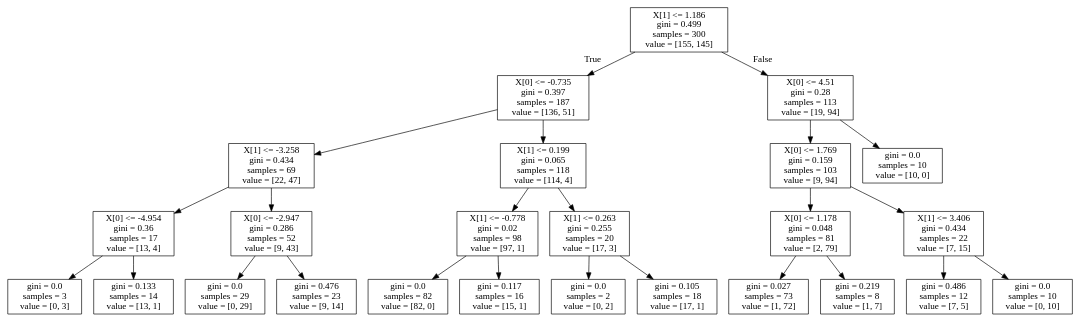
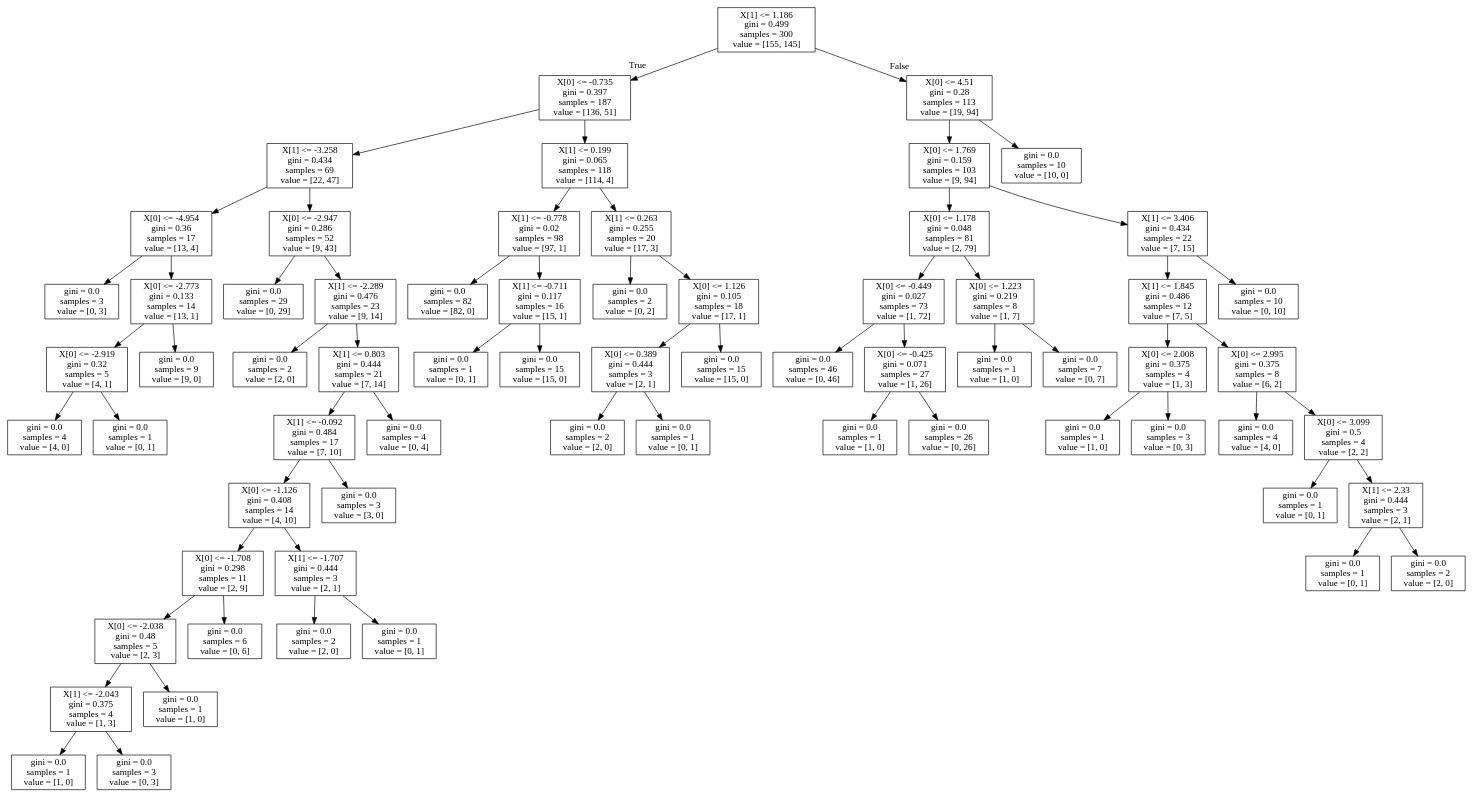
The diagram in Chapter4/temp.dot (crotsu/ML_basic_ensemble), drawn with Graphviz before and after one commit. The commit also changed 4 other files, not shown here.

```diff
--- a/Chapter4/temp.dot
+++ b/Chapter4/temp.dot
@@ -1,52 +1,136 @@
 digraph Tree {
 node [shape=box] ;
 0 [label="X[1] <= 1.186\ngini = 0.499\nsamples = 300\nvalue = [155, 145]"] ;
 1 [label="X[0] <= -0.735\ngini = 0.397\nsamples = 187\nvalue = [136, 51]"] ;
 0 -> 1 [labeldistance=2.5, labelangle=45, headlabel="True"] ;
 2 [label="X[1] <= -3.258\ngini = 0.434\nsamples = 69\nvalue = [22, 47]"] ;
 1 -> 2 ;
 3 [label="X[0] <= -4.954\ngini = 0.36\nsamples = 17\nvalue = [13, 4]"] ;
 2 -> 3 ;
 4 [label="gini = 0.0\nsamples = 3\nvalue = [0, 3]"] ;
 3 -> 4 ;
-5 [label="gini = 0.133\nsamples = 14\nvalue = [13, 1]"] ;
+5 [label="X[0] <= -2.773\ngini = 0.133\nsamples = 14\nvalue = [13, 1]"] ;
 3 -> 5 ;
-6 [label="X[0] <= -2.947\ngini = 0.286\nsamples = 52\nvalue = [9, 43]"] ;
-2 -> 6 ;
-7 [label="gini = 0.0\nsamples = 29\nvalue = [0, 29]"] ;
+6 [label="X[0] <= -2.919\ngini = 0.32\nsamples = 5\nvalue = [4, 1]"] ;
+5 -> 6 ;
+7 [label="gini = 0.0\nsamples = 4\nvalue = [4, 0]"] ;
 6 -> 7 ;
-8 [label="gini = 0.476\nsamples = 23\nvalue = [9, 14]"] ;
+8 [label="gini = 0.0\nsamples = 1\nvalue = [0, 1]"] ;
 6 -> 8 ;
-9 [label="X[1] <= 0.199\ngini = 0.065\nsamples = 118\nvalue = [114, 4]"] ;
-1 -> 9 ;
-10 [label="X[1] <= -0.778\ngini = 0.02\nsamples = 98\nvalue = [97, 1]"] ;
-9 -> 10 ;
-11 [label="gini = 0.0\nsamples = 82\nvalue = [82, 0]"] ;
+9 [label="gini = 0.0\nsamples = 9\nvalue = [9, 0]"] ;
+5 -> 9 ;
+10 [label="X[0] <= -2.947\ngini = 0.286\nsamples = 52\nvalue = [9, 43]"] ;
+2 -> 10 ;
+11 [label="gini = 0.0\nsamples = 29\nvalue = [0, 29]"] ;
 10 -> 11 ;
-12 [label="gini = 0.117\nsamples = 16\nvalue = [15, 1]"] ;
+12 [label="X[1] <= -2.289\ngini = 0.476\nsamples = 23\nvalue = [9, 14]"] ;
 10 -> 12 ;
-13 [label="X[1] <= 0.263\ngini = 0.255\nsamples = 20\nvalue = [17, 3]"] ;
-9 -> 13 ;
-14 [label="gini = 0.0\nsamples = 2\nvalue = [0, 2]"] ;
-13 -> 14 ;
-15 [label="gini = 0.105\nsamples = 18\nvalue = [17, 1]"] ;
-13 -> 15 ;
-16 [label="X[0] <= 4.51\ngini = 0.28\nsamples = 113\nvalue = [19, 94]"] ;
-0 -> 16 [labeldistance=2.5, labelangle=-45, headlabel="False"] ;
-17 [label="X[0] <= 1.769\ngini = 0.159\nsamples = 103\nvalue = [9, 94]"] ;
+13 [label="gini = 0.0\nsamples = 2\nvalue = [2, 0]"] ;
+12 -> 13 ;
+14 [label="X[1] <= 0.803\ngini = 0.444\nsamples = 21\nvalue = [7, 14]"] ;
+12 -> 14 ;
+15 [label="X[1] <= -0.092\ngini = 0.484\nsamples = 17\nvalue = [7, 10]"] ;
+14 -> 15 ;
+16 [label="X[0] <= -1.126\ngini = 0.408\nsamples = 14\nvalue = [4, 10]"] ;
+15 -> 16 ;
+17 [label="X[0] <= -1.708\ngini = 0.298\nsamples = 11\nvalue = [2, 9]"] ;
 16 -> 17 ;
-18 [label="X[0] <= 1.178\ngini = 0.048\nsamples = 81\nvalue = [2, 79]"] ;
+18 [label="X[0] <= -2.038\ngini = 0.48\nsamples = 5\nvalue = [2, 3]"] ;
 17 -> 18 ;
-19 [label="gini = 0.027\nsamples = 73\nvalue = [1, 72]"] ;
+19 [label="X[1] <= -2.043\ngini = 0.375\nsamples = 4\nvalue = [1, 3]"] ;
 18 -> 19 ;
-20 [label="gini = 0.219\nsamples = 8\nvalue = [1, 7]"] ;
-18 -> 20 ;
-21 [label="X[1] <= 3.406\ngini = 0.434\nsamples = 22\nvalue = [7, 15]"] ;
-17 -> 21 ;
-22 [label="gini = 0.486\nsamples = 12\nvalue = [7, 5]"] ;
-21 -> 22 ;
-23 [label="gini = 0.0\nsamples = 10\nvalue = [0, 10]"] ;
-21 -> 23 ;
-24 [label="gini = 0.0\nsamples = 10\nvalue = [10, 0]"] ;
+20 [label="gini = 0.0\nsamples = 1\nvalue = [1, 0]"] ;
+19 -> 20 ;
+21 [label="gini = 0.0\nsamples = 3\nvalue = [0, 3]"] ;
+19 -> 21 ;
+22 [label="gini = 0.0\nsamples = 1\nvalue = [1, 0]"] ;
+18 -> 22 ;
+23 [label="gini = 0.0\nsamples = 6\nvalue = [0, 6]"] ;
+17 -> 23 ;
+24 [label="X[1] <= -1.707\ngini = 0.444\nsamples = 3\nvalue = [2, 1]"] ;
 16 -> 24 ;
+25 [label="gini = 0.0\nsamples = 2\nvalue = [2, 0]"] ;
+24 -> 25 ;
+26 [label="gini = 0.0\nsamples = 1\nvalue = [0, 1]"] ;
+24 -> 26 ;
+27 [label="gini = 0.0\nsamples = 3\nvalue = [3, 0]"] ;
+15 -> 27 ;
+28 [label="gini = 0.0\nsamples = 4\nvalue = [0, 4]"] ;
+14 -> 28 ;
+29 [label="X[1] <= 0.199\ngini = 0.065\nsamples = 118\nvalue = [114, 4]"] ;
+1 -> 29 ;
+30 [label="X[1] <= -0.778\ngini = 0.02\nsamples = 98\nvalue = [97, 1]"] ;
+29 -> 30 ;
+31 [label="gini = 0.0\nsamples = 82\nvalue = [82, 0]"] ;
+30 -> 31 ;
+32 [label="X[1] <= -0.711\ngini = 0.117\nsamples = 16\nvalue = [15, 1]"] ;
+30 -> 32 ;
+33 [label="gini = 0.0\nsamples = 1\nvalue = [0, 1]"] ;
+32 -> 33 ;
+34 [label="gini = 0.0\nsamples = 15\nvalue = [15, 0]"] ;
+32 -> 34 ;
+35 [label="X[1] <= 0.263\ngini = 0.255\nsamples = 20\nvalue = [17, 3]"] ;
+29 -> 35 ;
+36 [label="gini = 0.0\nsamples = 2\nvalue = [0, 2]"] ;
+35 -> 36 ;
+37 [label="X[0] <= 1.126\ngini = 0.105\nsamples = 18\nvalue = [17, 1]"] ;
+35 -> 37 ;
+38 [label="X[0] <= 0.389\ngini = 0.444\nsamples = 3\nvalue = [2, 1]"] ;
+37 -> 38 ;
+39 [label="gini = 0.0\nsamples = 2\nvalue = [2, 0]"] ;
+38 -> 39 ;
+40 [label="gini = 0.0\nsamples = 1\nvalue = [0, 1]"] ;
+38 -> 40 ;
+41 [label="gini = 0.0\nsamples = 15\nvalue = [15, 0]"] ;
+37 -> 41 ;
+42 [label="X[0] <= 4.51\ngini = 0.28\nsamples = 113\nvalue = [19, 94]"] ;
+0 -> 42 [labeldistance=2.5, labelangle=-45, headlabel="False"] ;
+43 [label="X[0] <= 1.769\ngini = 0.159\nsamples = 103\nvalue = [9, 94]"] ;
+42 -> 43 ;
+44 [label="X[0] <= 1.178\ngini = 0.048\nsamples = 81\nvalue = [2, 79]"] ;
+43 -> 44 ;
+45 [label="X[0] <= -0.449\ngini = 0.027\nsamples = 73\nvalue = [1, 72]"] ;
+44 -> 45 ;
+46 [label="gini = 0.0\nsamples = 46\nvalue = [0, 46]"] ;
+45 -> 46 ;
+47 [label="X[0] <= -0.425\ngini = 0.071\nsamples = 27\nvalue = [1, 26]"] ;
+45 -> 47 ;
+48 [label="gini = 0.0\nsamples = 1\nvalue = [1, 0]"] ;
+47 -> 48 ;
+49 [label="gini = 0.0\nsamples = 26\nvalue = [0, 26]"] ;
+47 -> 49 ;
+50 [label="X[0] <= 1.223\ngini = 0.219\nsamples = 8\nvalue = [1, 7]"] ;
+44 -> 50 ;
+51 [label="gini = 0.0\nsamples = 1\nvalue = [1, 0]"] ;
+50 -> 51 ;
+52 [label="gini = 0.0\nsamples = 7\nvalue = [0, 7]"] ;
+50 -> 52 ;
+53 [label="X[1] <= 3.406\ngini = 0.434\nsamples = 22\nvalue = [7, 15]"] ;
+43 -> 53 ;
+54 [label="X[1] <= 1.845\ngini = 0.486\nsamples = 12\nvalue = [7, 5]"] ;
+53 -> 54 ;
+55 [label="X[0] <= 2.008\ngini = 0.375\nsamples = 4\nvalue = [1, 3]"] ;
+54 -> 55 ;
+56 [label="gini = 0.0\nsamples = 1\nvalue = [1, 0]"] ;
+55 -> 56 ;
+57 [label="gini = 0.0\nsamples = 3\nvalue = [0, 3]"] ;
+55 -> 57 ;
+58 [label="X[0] <= 2.995\ngini = 0.375\nsamples = 8\nvalue = [6, 2]"] ;
+54 -> 58 ;
+59 [label="gini = 0.0\nsamples = 4\nvalue = [4, 0]"] ;
+58 -> 59 ;
+60 [label="X[0] <= 3.099\ngini = 0.5\nsamples = 4\nvalue = [2, 2]"] ;
+58 -> 60 ;
+61 [label="gini = 0.0\nsamples = 1\nvalue = [0, 1]"] ;
+60 -> 61 ;
+62 [label="X[1] <= 2.33\ngini = 0.444\nsamples = 3\nvalue = [2, 1]"] ;
+60 -> 62 ;
+63 [label="gini = 0.0\nsamples = 1\nvalue = [0, 1]"] ;
+62 -> 63 ;
+64 [label="gini = 0.0\nsamples = 2\nvalue = [2, 0]"] ;
+62 -> 64 ;
+65 [label="gini = 0.0\nsamples = 10\nvalue = [0, 10]"] ;
+53 -> 65 ;
+66 [label="gini = 0.0\nsamples = 10\nvalue = [10, 0]"] ;
+42 -> 66 ;
 }
```
